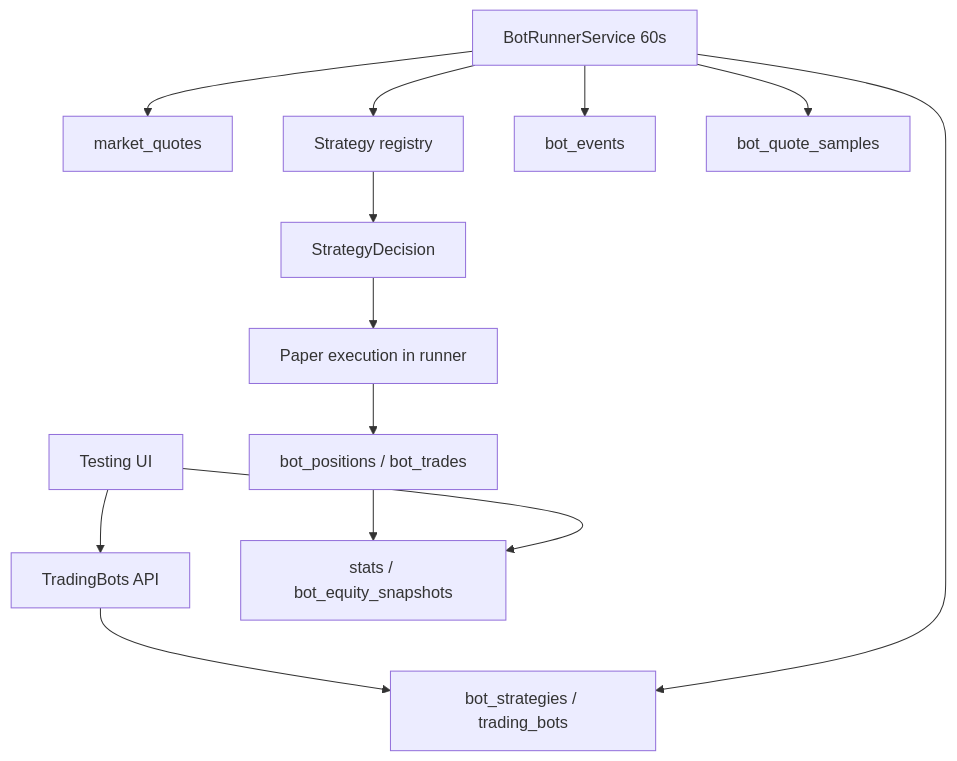
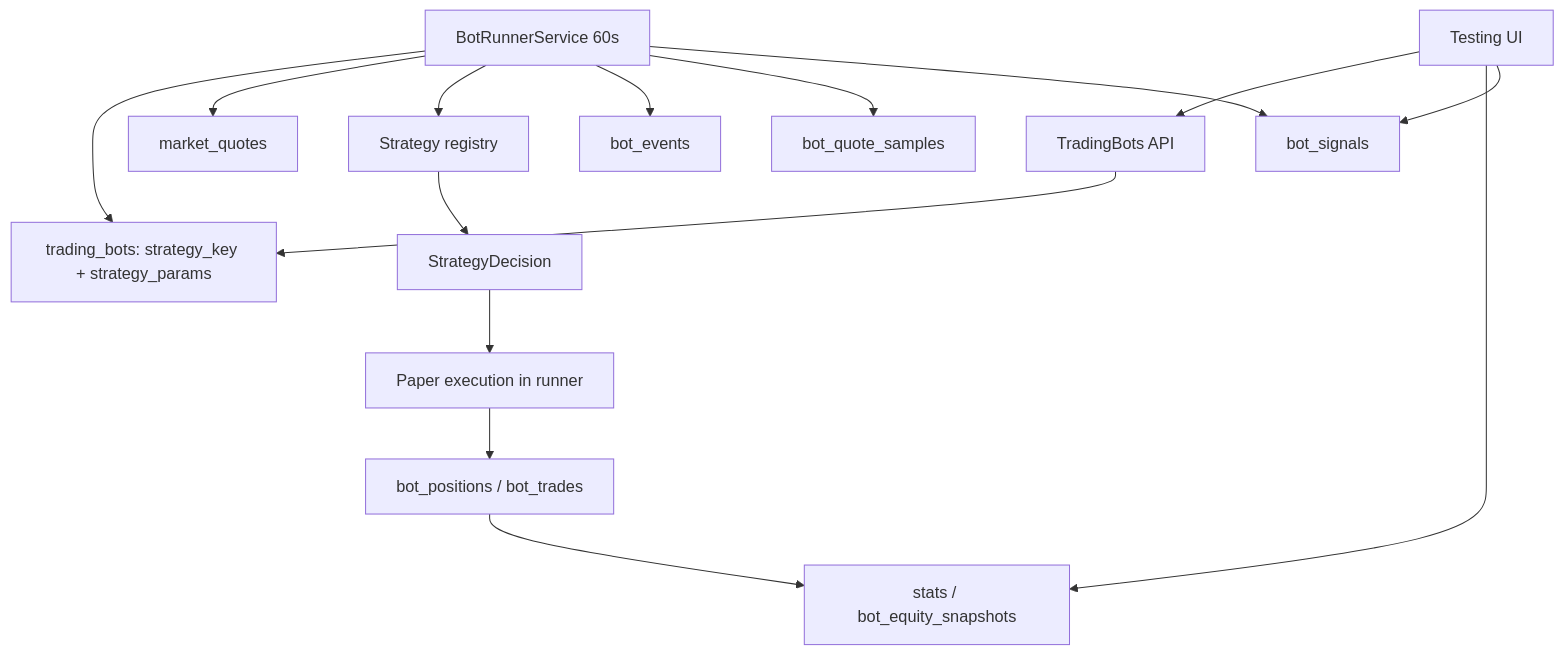
One commit to jankowski-dev/Nexter.App changed the diagram in docs/project/trading-bots.md. Above: the diagram before and after it, drawn with Mermaid. The commit also changed other lines of this file and 26 other files, not shown here.

Commit message:
feat(testing): built-in strategy bots and per-token diagnostics (#101)

````diff
--- a/docs/project/trading-bots.md
+++ b/docs/project/trading-bots.md
@@ -30,15 +31,17 @@
 ```mermaid
 flowchart TB
   UI[Testing UI] --> API[TradingBots API]
-  API --> StrategyRepo[bot_strategies / trading_bots]
-  Runner[BotRunnerService 60s] --> StrategyRepo
+  API --> Bots[trading_bots: strategy_key + strategy_params]
+  Runner[BotRunnerService 60s] --> Bots
   Runner --> Quotes[market_quotes]
   Runner --> Registry[Strategy registry]
   Registry --> Signal[StrategyDecision]
   Signal --> Paper[Paper execution in runner]
   Paper --> BotLedger[bot_positions / bot_trades]
   BotLedger --> Stats[stats / bot_equity_snapshots]
   Runner --> Events[bot_events]
   Runner --> Samples[bot_quote_samples]
+  Runner --> Diagnostics[bot_signals]
   UI --> Stats
+  UI --> Diagnostics
 ```
````
